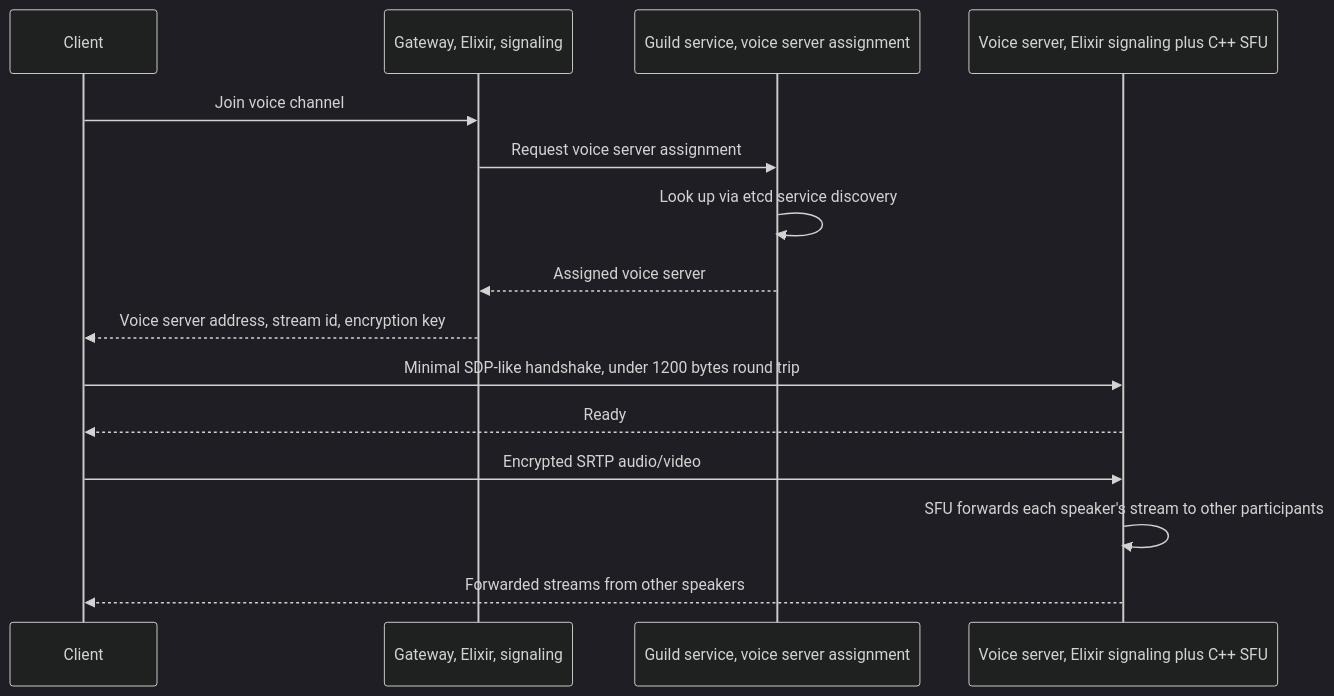
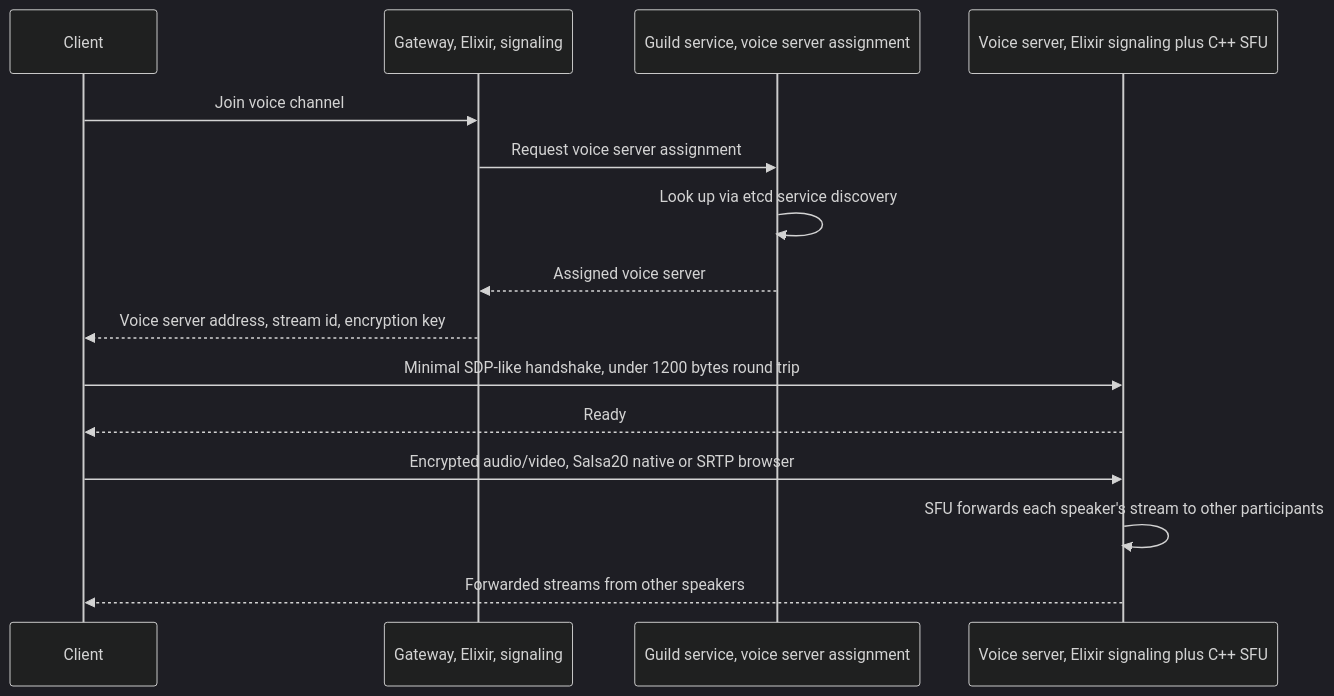
The seventh of 7 diagrams in companies/discord.md (alwin-verus/big-tech-system-design), drawn with Mermaid (dark theme) before and after one commit. The commit also changed other lines of this file and 56 other files, not shown here.

````diff
--- a/companies/discord.md
+++ b/companies/discord.md
@@ -387,18 +496,18 @@
 ```mermaid
 sequenceDiagram
   participant C as Client
   participant GW as Gateway, Elixir, signaling
   participant Guilds as Guild service, voice server assignment
   participant Voice as Voice server, Elixir signaling plus C++ SFU
 
   C->>GW: Join voice channel
   GW->>Guilds: Request voice server assignment
   Guilds->>Guilds: Look up via etcd service discovery
   Guilds-->>GW: Assigned voice server
   GW-->>C: Voice server address, stream id, encryption key
   C->>Voice: Minimal SDP-like handshake, under 1200 bytes round trip
   Voice-->>C: Ready
-  C->>Voice: Encrypted SRTP audio/video
+  C->>Voice: Encrypted audio/video, Salsa20 native or SRTP browser
   Voice->>Voice: SFU forwards each speaker's stream to other participants
   Voice-->>C: Forwarded streams from other speakers
 ```
````
